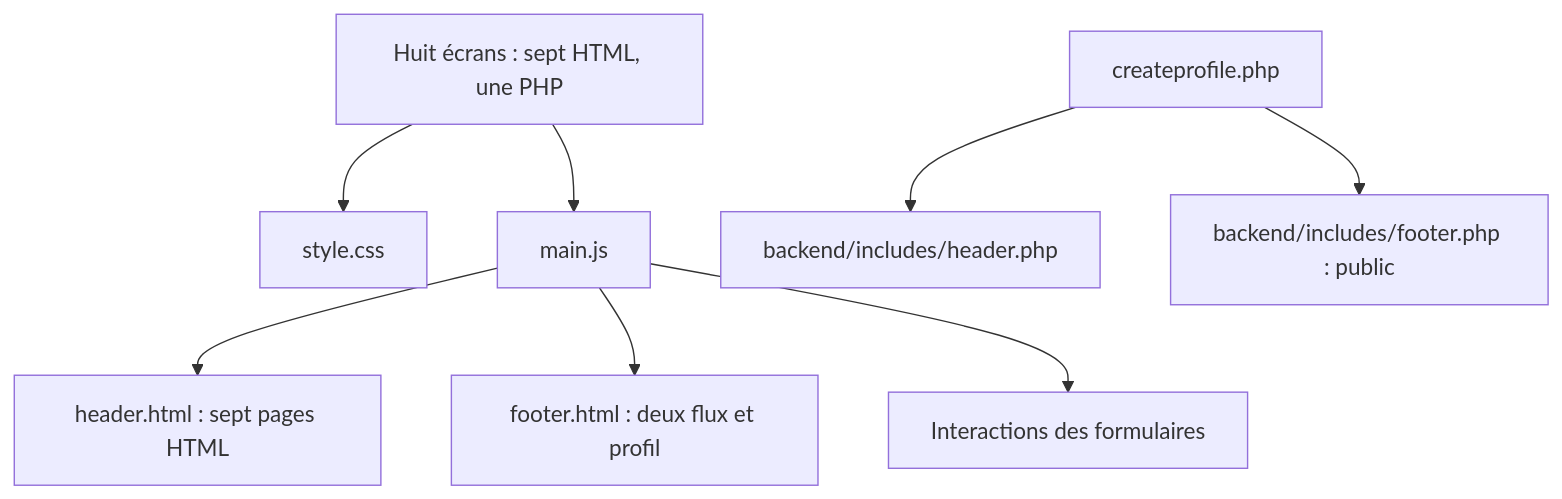
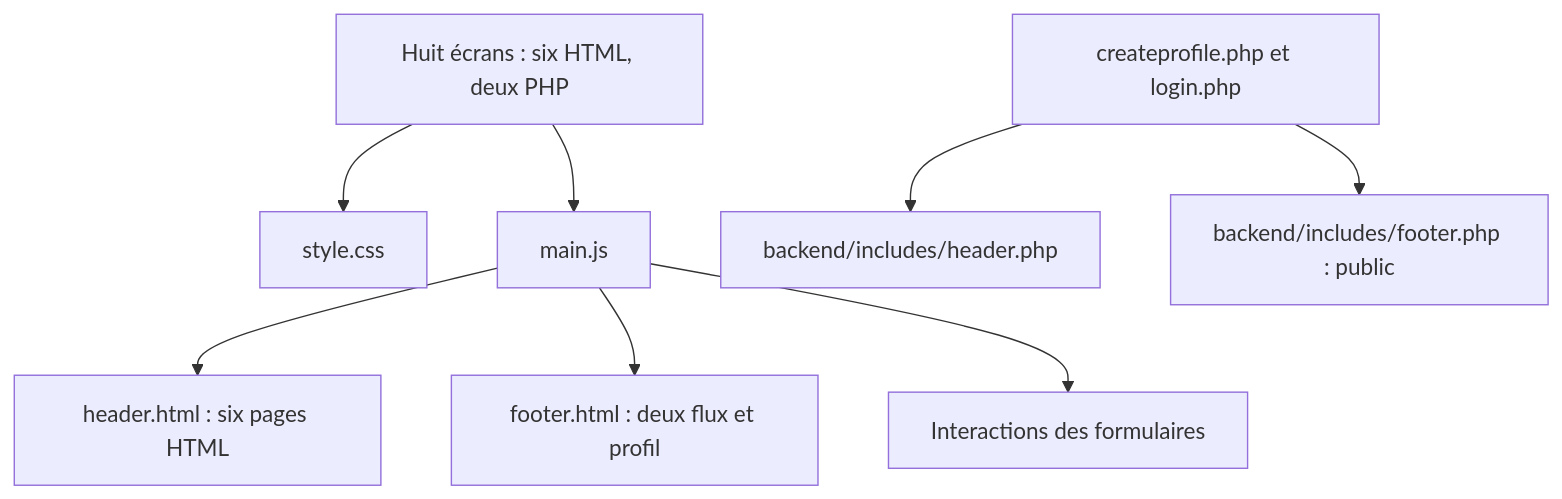
Before and after one commit to SP-MMIBdx/M2-weux-projet-dev-ux: the diagram in README.md, drawn with Mermaid. The commit also changed other lines of this file and 7 other files, not shown here.

Commit message:
feat: migrate login to PHP and preselect registration role

````diff
--- a/README.md
+++ b/README.md
@@ -45,10 +45,10 @@
 ```mermaid
 flowchart TD
-    Pages["Huit écrans : sept HTML, une PHP"] --> CSS["style.css"]
+    Pages["Huit écrans : six HTML, deux PHP"] --> CSS["style.css"]
     Pages --> JS["main.js"]
-    JS --> Header["header.html : sept pages HTML"]
+    JS --> Header["header.html : six pages HTML"]
     JS --> Footer["footer.html : deux flux et profil"]
     JS --> Interactions["Interactions des formulaires"]
-    Pilot["createprofile.php"] --> PHPHeader["backend/includes/header.php"]
+    Pilot["createprofile.php et login.php"] --> PHPHeader["backend/includes/header.php"]
     Pilot --> PHPFooter["backend/includes/footer.php : public"]
 ```
````
